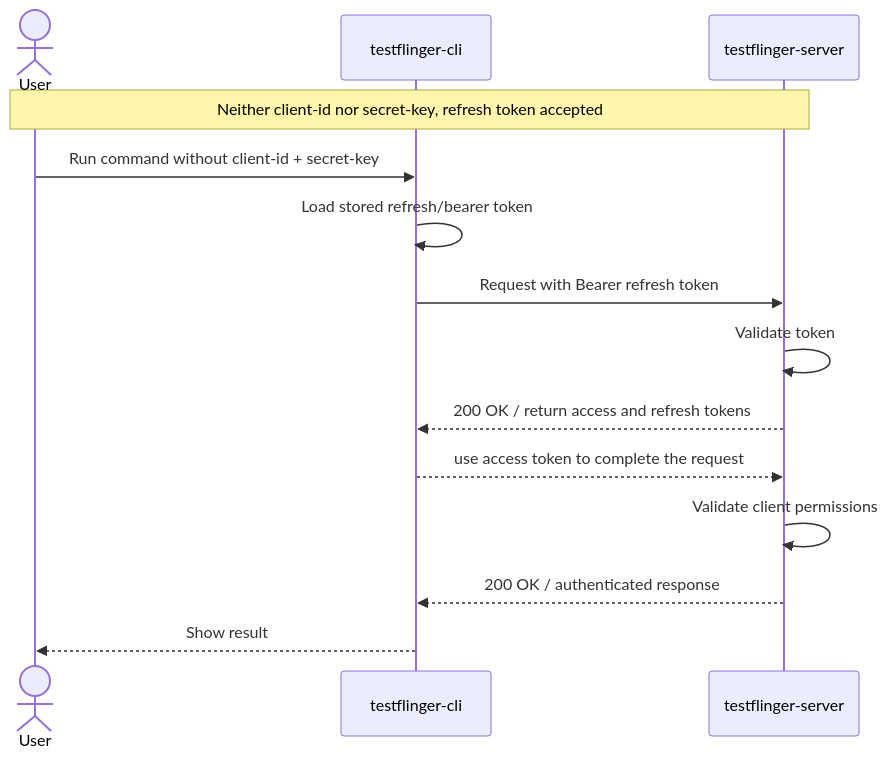
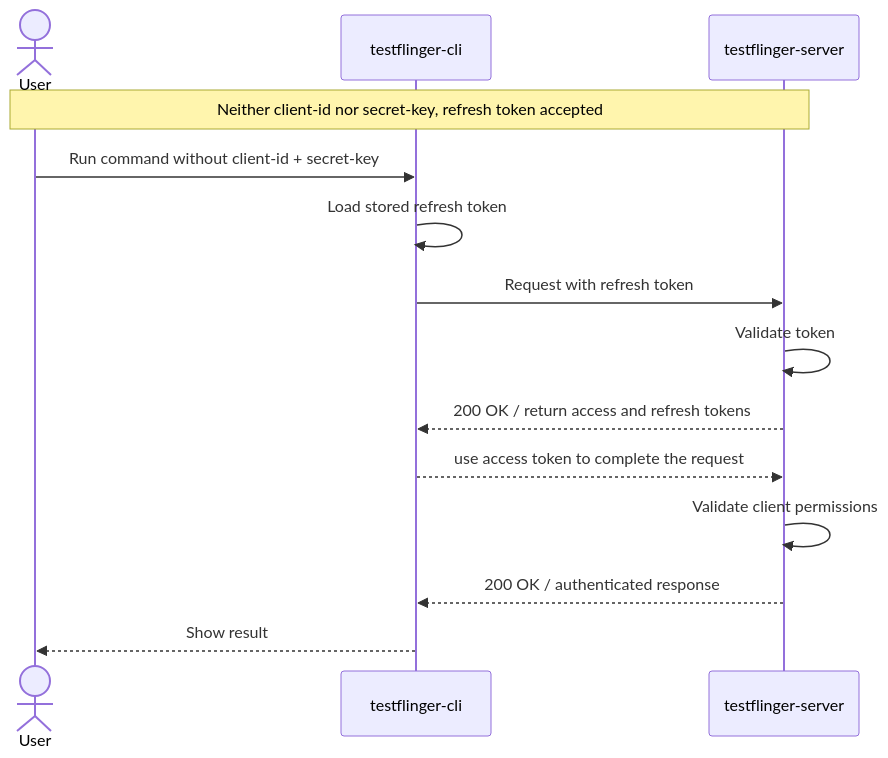
One commit to canonical/testflinger changed the third of 7 diagrams in docs/explanation/authentication.rst. Above: the diagram before and after it, drawn with Mermaid. The commit also changed other lines of this file, not shown here.

Commit message:
Apply suggestions from code review

```diff
--- a/docs/explanation/authentication.rst
+++ b/docs/explanation/authentication.rst
@@ -82,20 +82,20 @@
 .. mermaid::
     :alt: Sequence diagram showing a refresh token being used and accepted
     :caption: Sequence diagram showing a refresh token being used and accepted
     :align: center
 
     sequenceDiagram
         actor User
         participant CLI as testflinger-cli
         participant Server as testflinger-server
 
         Note over User,Server: Neither client-id nor secret-key, refresh token accepted
         User->>CLI: Run command without client-id + secret-key
-        CLI->>CLI: Load stored refresh/bearer token
-        CLI->>Server: Request with Bearer refresh token
+        CLI->>CLI: Load stored refresh token
+        CLI->>Server: Request with refresh token
         Server->>Server: Validate token
         Server-->>CLI: 200 OK / return access and refresh tokens
         CLI-->>Server: use access token to complete the request
         Server->>Server: Validate client permissions
         Server-->>CLI: 200 OK / authenticated response
         CLI-->>User: Show result
```
